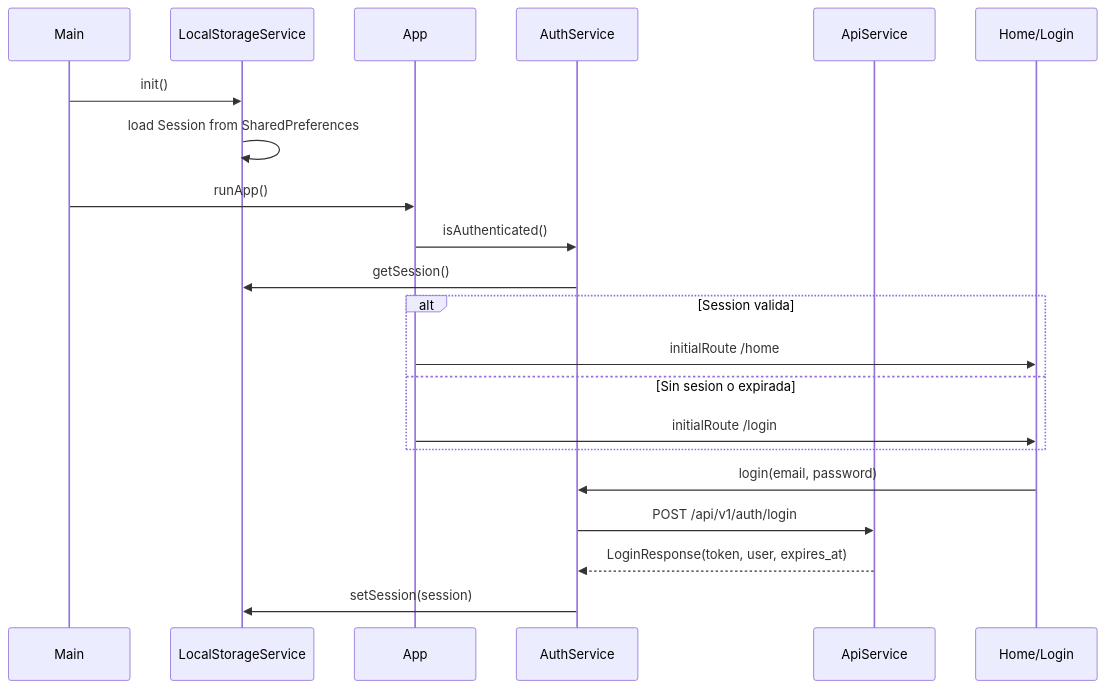
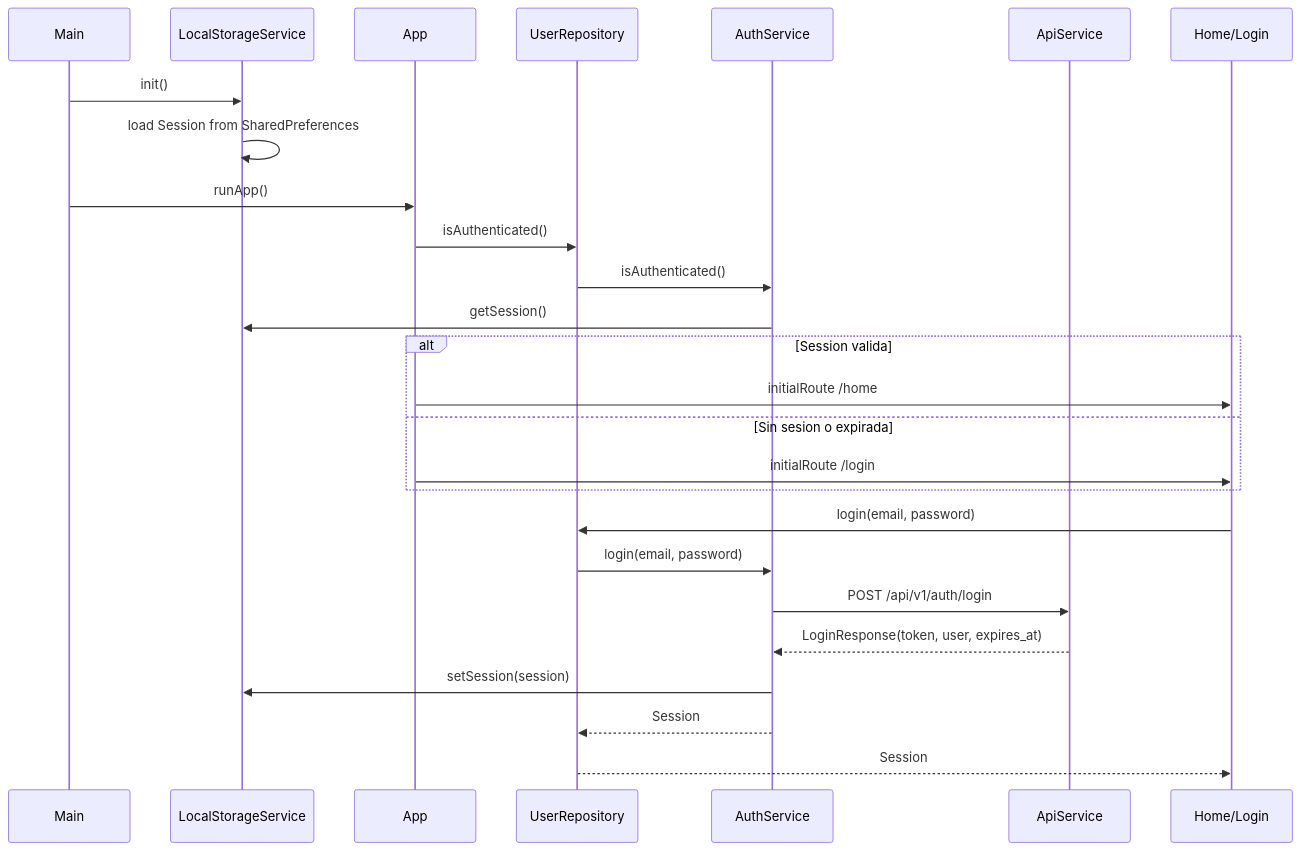
Before and after one commit to RuedaUABC/CimaReviews: the second of 5 diagrams in UML.md, drawn with Mermaid. The commit also changed other lines of this file and 20 other files, not shown here.

First line of the commit message:
Refactor CimaReviews architecture to MVVM pattern; update repositories and viewmodels

````diff
--- a/UML.md
+++ b/UML.md
@@ -463,25 +496,30 @@
 ```mermaid
 sequenceDiagram
     participant Main
     participant Storage as LocalStorageService
     participant App
+    participant UserRepo as UserRepository
     participant Auth as AuthService
     participant Api as ApiService
     participant UI as Home/Login
 
     Main->>Storage: init()
     Storage->>Storage: load Session from SharedPreferences
     Main->>App: runApp()
-    App->>Auth: isAuthenticated()
+    App->>UserRepo: isAuthenticated()
+    UserRepo->>Auth: isAuthenticated()
     Auth->>Storage: getSession()
     alt Session valida
         App->>UI: initialRoute /home
     else Sin sesion o expirada
         App->>UI: initialRoute /login
     end
 
-    UI->>Auth: login(email, password)
+    UI->>UserRepo: login(email, password)
+    UserRepo->>Auth: login(email, password)
     Auth->>Api: POST /api/v1/auth/login
     Api-->>Auth: LoginResponse(token, user, expires_at)
     Auth->>Storage: setSession(session)
+    Auth-->>UserRepo: Session
+    UserRepo-->>UI: Session
 ```
````
